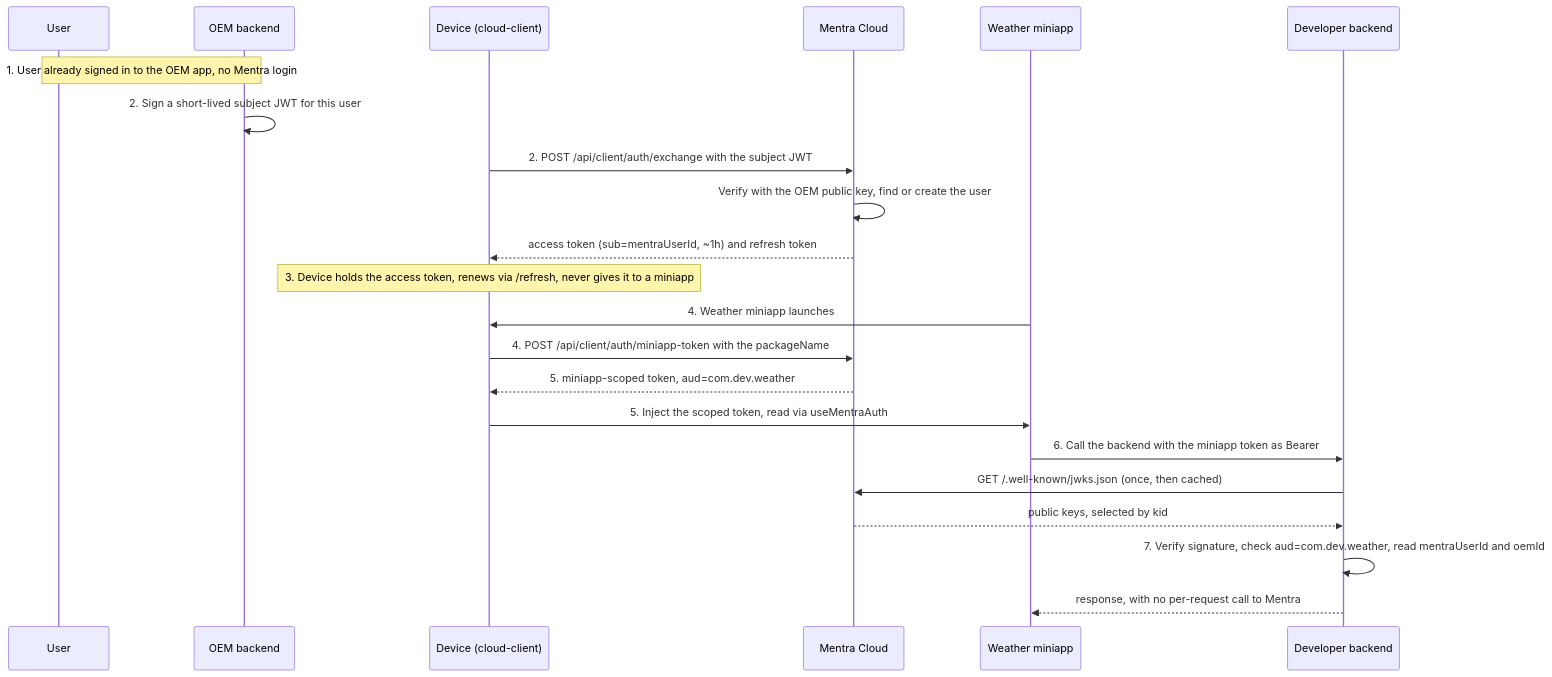
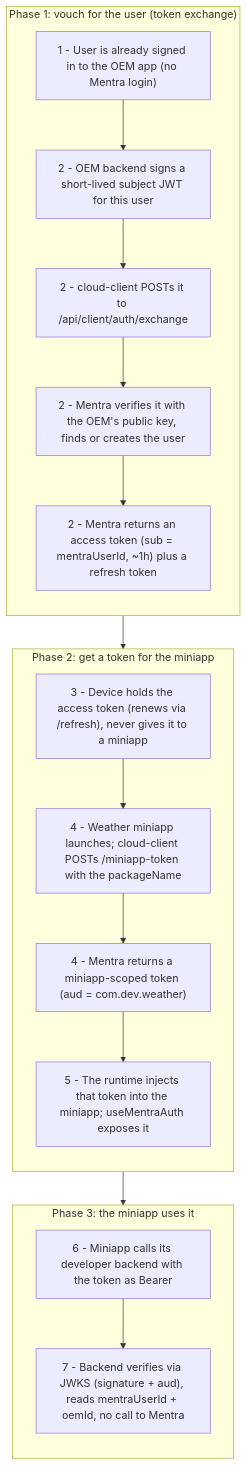
The diagram in cloud-v2/docs/issues/001-cloud-core/auth/concepts.md (Mentra-Community/MentraOS), drawn with Mermaid before and after one commit. The commit also changed other lines of this file, not shown here.

Commit message:
docs(auth): swap the concepts.md trace diagram to a phased flowchart
The sequence diagram's auto-layout crammed and overlapped the messages. Replace
it with a top-to-bottom flowchart grouped into three phases (vouch / get the
miniapp token / use it), which reads linearly like the prose.

````diff
--- a/cloud-v2/docs/issues/001-cloud-core/auth/concepts.md
+++ b/cloud-v2/docs/issues/001-cloud-core/auth/concepts.md
@@ -262,27 +263,31 @@
 ```mermaid
-sequenceDiagram
-    participant U as User
-    participant OEM as OEM backend
-    participant Dev as Device (cloud-client)
-    participant Mentra as Mentra Cloud
-    participant App as Weather miniapp
-    participant Backend as Developer backend
+flowchart TD
+    subgraph P1["Phase 1: vouch for the user (token exchange)"]
+        direction TB
+        A["1 - User is already signed in to the OEM app (no Mentra login)"]
+        B["2 - OEM backend signs a short-lived subject JWT for this user"]
+        C["2 - cloud-client POSTs it to /api/client/auth/exchange"]
+        D["2 - Mentra verifies it with the OEM's public key, finds or creates the user"]
+        E["2 - Mentra returns an access token (sub = mentraUserId, ~1h) plus a refresh token"]
+        A --> B --> C --> D --> E
+    end
 
-    Note over U,OEM: 1. User already signed in to the OEM app, no Mentra login
-    OEM->>OEM: 2. Sign a short-lived subject JWT for this user
-    Dev->>Mentra: 2. POST /api/client/auth/exchange with the subject JWT
-    Mentra->>Mentra: Verify with the OEM public key, find or create the user
-    Mentra-->>Dev: access token (sub=mentraUserId, ~1h) and refresh token
-    Note over Dev: 3. Device holds the access token, renews via /refresh, never gives it to a miniapp
+    subgraph P2["Phase 2: get a token for the miniapp"]
+        direction TB
+        F["3 - Device holds the access token (renews via /refresh), never gives it to a miniapp"]
+        G["4 - Weather miniapp launches; cloud-client POSTs /miniapp-token with the packageName"]
+        H["4 - Mentra returns a miniapp-scoped token (aud = com.dev.weather)"]
+        I["5 - The runtime injects that token into the miniapp; useMentraAuth exposes it"]
+        F --> G --> H --> I
+    end
 
-    App->>Dev: 4. Weather miniapp launches
-    Dev->>Mentra: 4. POST /api/client/auth/miniapp-token with the packageName
-    Mentra-->>Dev: 5. miniapp-scoped token, aud=com.dev.weather
-    Dev->>App: 5. Inject the scoped token, read via useMentraAuth
+    subgraph P3["Phase 3: the miniapp uses it"]
+        direction TB
+        J["6 - Miniapp calls its developer backend with the token as Bearer"]
+        K["7 - Backend verifies via JWKS (signature + aud), reads mentraUserId + oemId, no call to Mentra"]
+        J --> K
+    end
 
-    App->>Backend: 6. Call the backend with the miniapp token as Bearer
-    Backend->>Mentra: GET /.well-known/jwks.json (once, then cached)
-    Mentra-->>Backend: public keys, selected by kid
-    Backend->>Backend: 7. Verify signature, check aud=com.dev.weather, read mentraUserId and oemId
-    Backend-->>App: response, with no per-request call to Mentra
+    E --> F
+    I --> J
 ```
````
